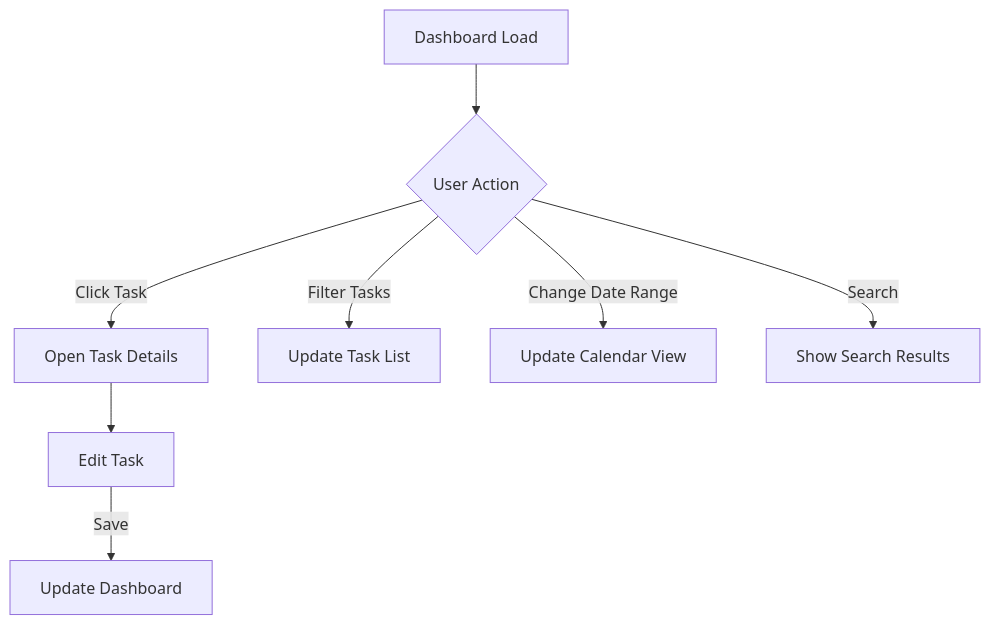
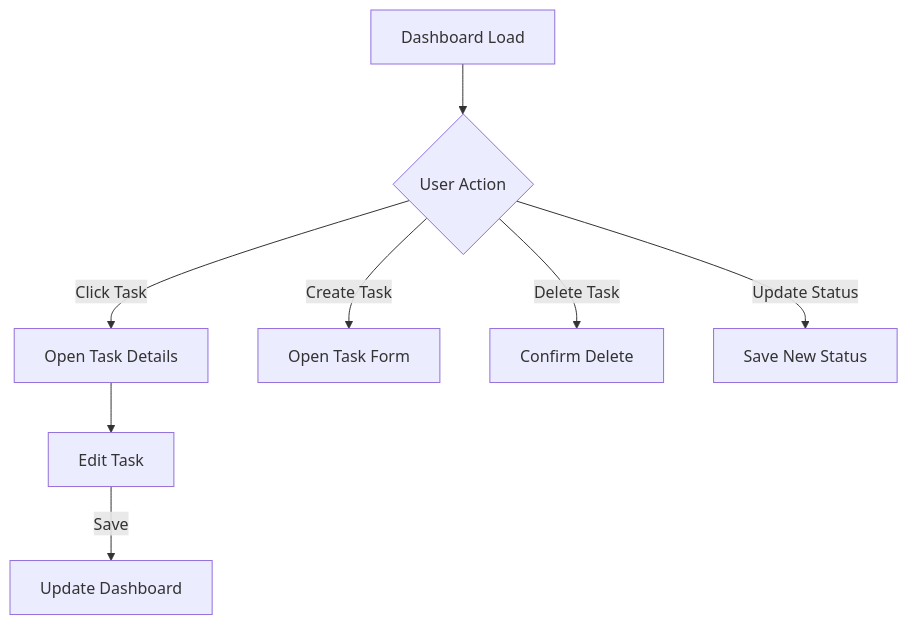
The second of 3 diagrams in docs/wireframes/tms-wireframe-dashboard-v1.md (f3mi/DTS-developer-challenge), drawn with Mermaid before and after one commit. The commit also changed other lines of this file and 8 other files, not shown here.

````diff
--- a/docs/wireframes/tms-wireframe-dashboard-v1.md
+++ b/docs/wireframes/tms-wireframe-dashboard-v1.md
@@ -37,10 +37,10 @@
 ```mermaid
 flowchart TD
     A[Dashboard Load] --> B{User Action}
     B -->|Click Task| C[Open Task Details]
-    B -->|Filter Tasks| D[Update Task List]
-    B -->|Change Date Range| E[Update Calendar View]
-    B -->|Search| F[Show Search Results]
+    B -->|Create Task| D[Open Task Form]
+    B -->|Delete Task| E[Confirm Delete]
+    B -->|Update Status| F[Save New Status]
     C --> G[Edit Task]
     G -->|Save| H[Update Dashboard]
 ```
````
